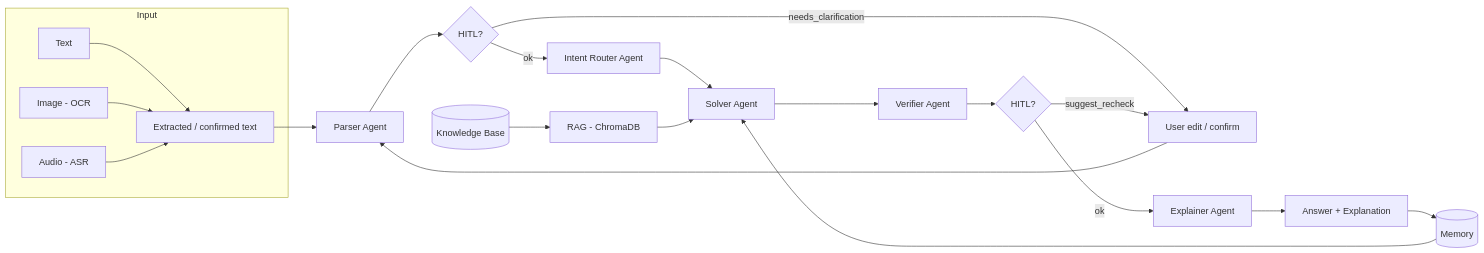
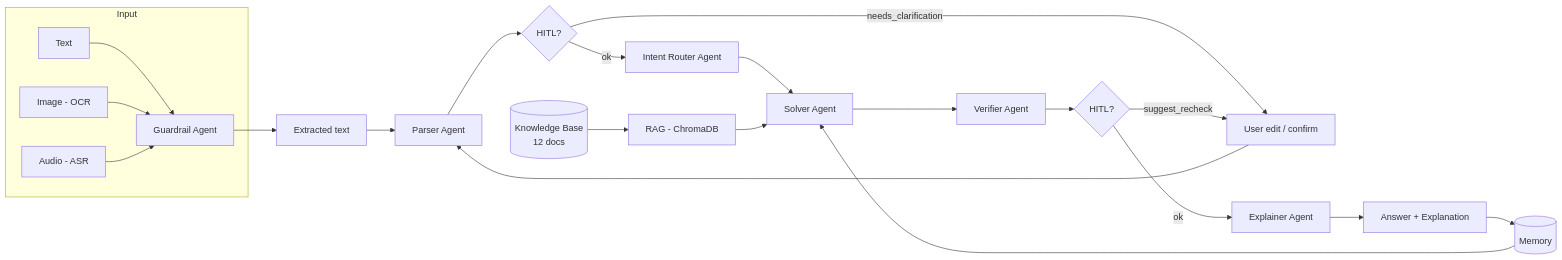
One commit to abhisek-futx-da/AI_math_Solver_Agent changed the diagram in README.md. Above: the diagram before and after it, drawn with Mermaid. The commit also changed other lines of this file and 2 other files, not shown here.

````diff
--- a/README.md
+++ b/README.md
@@ -83,23 +61,24 @@
 ```mermaid
 flowchart LR
     subgraph Input
-        A[Text] --> M
-        B[Image - OCR] --> M
-        C[Audio - ASR] --> M
+        A[Text] --> G
+        B[Image - OCR] --> G
+        C[Audio - ASR] --> G
     end
-    M[Extracted / confirmed text] --> P[Parser Agent]
+    G[Guardrail Agent] --> M[Extracted text]
+    M --> P[Parser Agent]
     P --> HITL1{HITL?}
     HITL1 -->|needs_clarification| User[User edit / confirm]
     User --> P
     HITL1 -->|ok| R[Intent Router Agent]
     R --> S[Solver Agent]
-    KB[(Knowledge Base)] --> RAG[RAG - ChromaDB]
+    KB[(Knowledge Base\n12 docs)] --> RAG[RAG - ChromaDB]
     RAG --> S
     S --> V[Verifier Agent]
     V --> HITL2{HITL?}
     HITL2 -->|suggest_recheck| User
     HITL2 -->|ok| E[Explainer Agent]
     E --> Out[Answer + Explanation]
     Mem[(Memory)] --> S
     Out --> Mem
 ```
````
